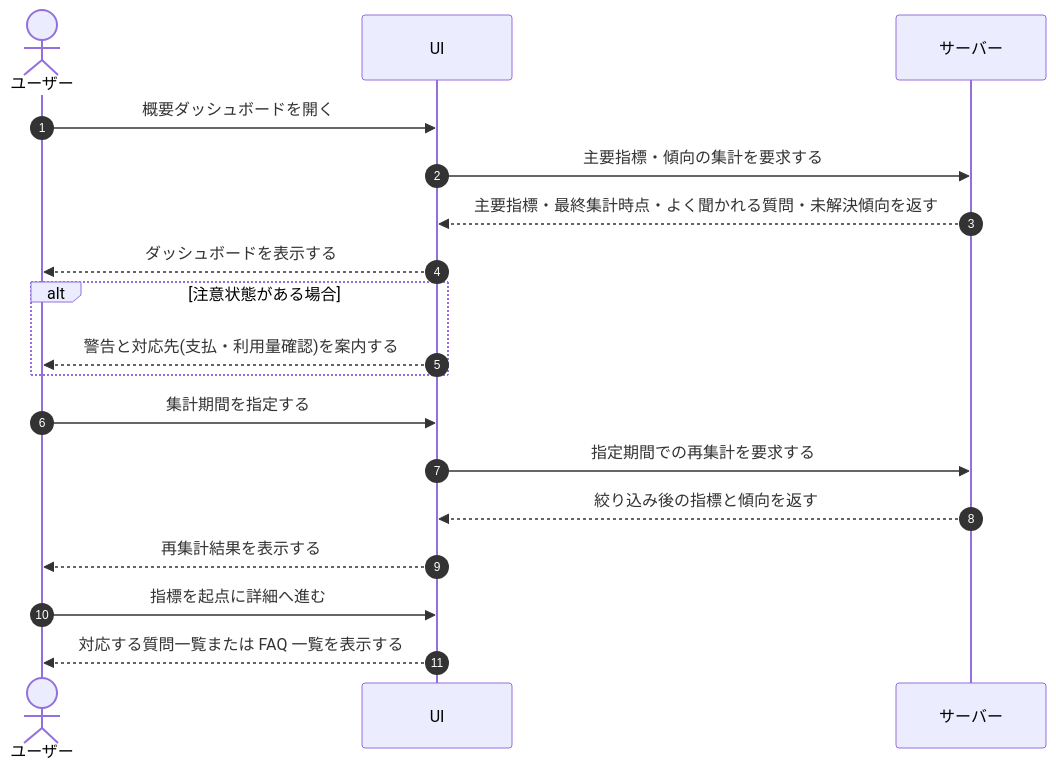
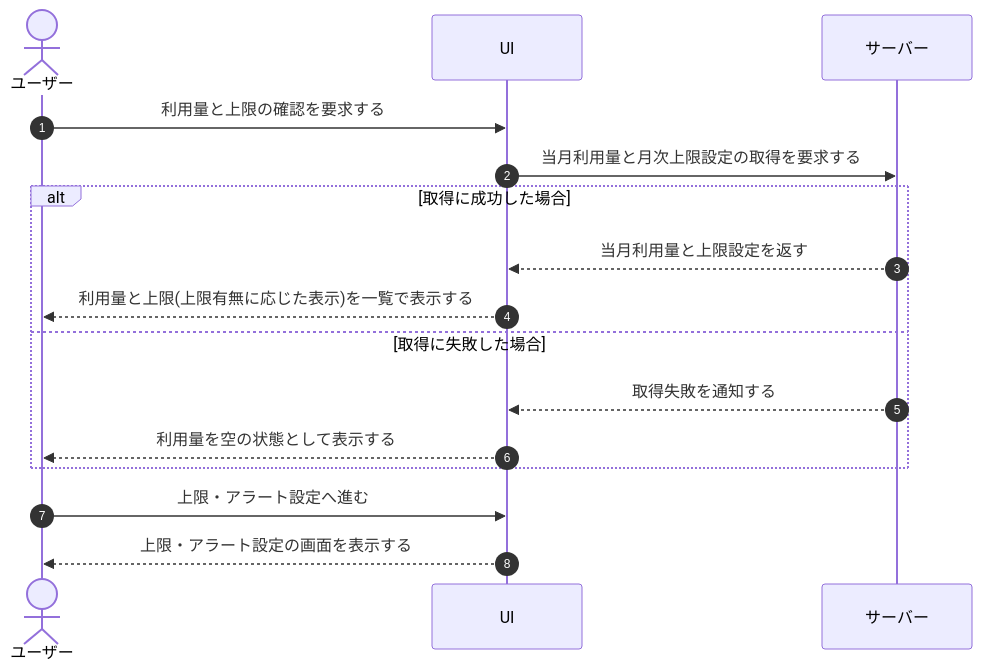
One commit to sikakou54/open-faq changed the diagram in 01_requirements/04_business_usecases/UC-033.md. Above: the diagram before and after it, drawn with Mermaid. The commit also changed other lines of this file and 395 other files, not shown here.

````diff
--- a/01_requirements/04_business_usecases/UC-033.md
+++ b/01_requirements/04_business_usecases/UC-033.md
@@ -27,21 +26,19 @@
 ```mermaid
 sequenceDiagram
   autonumber
   actor U as ユーザー
   participant UI as UI
   participant S as サーバー
 
-  U->>UI: 概要ダッシュボードを開く
-  UI->>S: 主要指標・傾向の集計を要求する
-  S-->>UI: 主要指標・最終集計時点・よく聞かれる質問・未解決傾向を返す
-  UI-->>U: ダッシュボードを表示する
-  alt 注意状態がある場合
-    UI-->>U: 警告と対応先(支払・利用量確認)を案内する
+  U->>UI: 利用量と上限の確認を要求する
+  UI->>S: 当月利用量と月次上限設定の取得を要求する
+  alt 取得に成功した場合
+    S-->>UI: 当月利用量と上限設定を返す
+    UI-->>U: 利用量と上限(上限有無に応じた表示)を一覧で表示する
+  else 取得に失敗した場合
+    S-->>UI: 取得失敗を通知する
+    UI-->>U: 利用量を空の状態として表示する
   end
-  U->>UI: 集計期間を指定する
-  UI->>S: 指定期間での再集計を要求する
-  S-->>UI: 絞り込み後の指標と傾向を返す
-  UI-->>U: 再集計結果を表示する
-  U->>UI: 指標を起点に詳細へ進む
-  UI-->>U: 対応する質問一覧または FAQ 一覧を表示する
+  U->>UI: 上限・アラート設定へ進む
+  UI-->>U: 上限・アラート設定の画面を表示する
 ```
````
